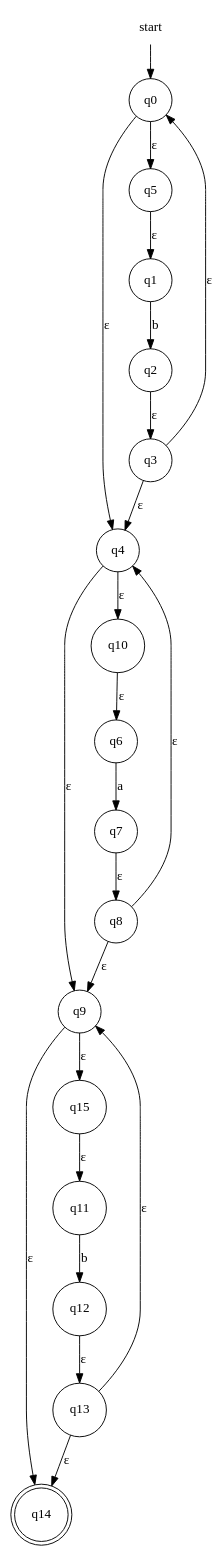
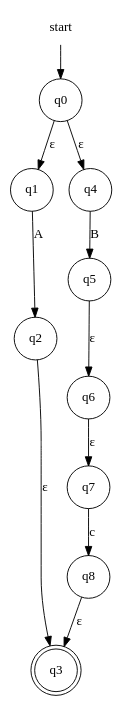
One commit to evertheylen/TA_TO changed the diagram in fase1/RE-eNFA/regex_1.dot. Above: the diagram before and after it, drawn with Graphviz. The commit also changed 22 other files, not shown here.

Commit message:
Regex naar eNFA is nu product quality code, met comments, er is wel 1 conventie voor de input regex nl ==> concateneren moet gebeuren aan de hand van een . git add -A

```diff
--- a/fase1/RE-eNFA/regex_1.dot
+++ b/fase1/RE-eNFA/regex_1.dot
@@ -1,27 +1,15 @@
 digraph automaton {
     node [shape=none]; start;
-    node [shape=doublecircle]; "q14";
+    node [shape=doublecircle]; "q3";
     node [shape=circle];
     start -> "q0";
+    "q0" -> "q1" [label="&epsilon;"];
     "q0" -> "q4" [label="&epsilon;"];
-    "q0" -> "q5" [label="&epsilon;"];
-    "q1" -> "q2" [label="b"];
+    "q1" -> "q2" [label="A"];
     "q2" -> "q3" [label="&epsilon;"];
-    "q3" -> "q0" [label="&epsilon;"];
-    "q3" -> "q4" [label="&epsilon;"];
-    "q4" -> "q9" [label="&epsilon;"];
-    "q4" -> "q10" [label="&epsilon;"];
-    "q5" -> "q1" [label="&epsilon;"];
-    "q6" -> "q7" [label="a"];
-    "q7" -> "q8" [label="&epsilon;"];
-    "q8" -> "q4" [label="&epsilon;"];
-    "q8" -> "q9" [label="&epsilon;"];
-    "q9" -> "q14" [label="&epsilon;"];
-    "q9" -> "q15" [label="&epsilon;"];
-    "q10" -> "q6" [label="&epsilon;"];
-    "q11" -> "q12" [label="b"];
-    "q12" -> "q13" [label="&epsilon;"];
-    "q13" -> "q9" [label="&epsilon;"];
-    "q13" -> "q14" [label="&epsilon;"];
-    "q15" -> "q11" [label="&epsilon;"];
+    "q4" -> "q5" [label="B"];
+    "q5" -> "q6" [label="&epsilon;"];
+    "q6" -> "q7" [label="&epsilon;"];
+    "q7" -> "q8" [label="c"];
+    "q8" -> "q3" [label="&epsilon;"];
 }
```
